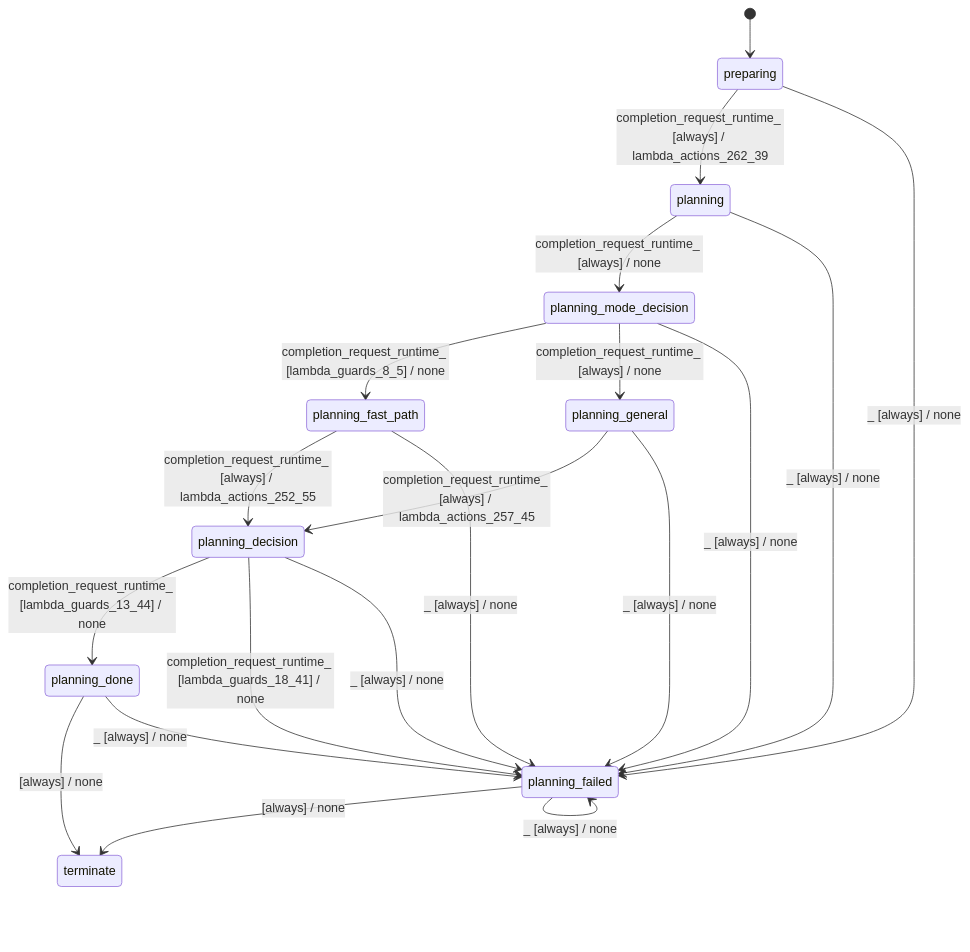
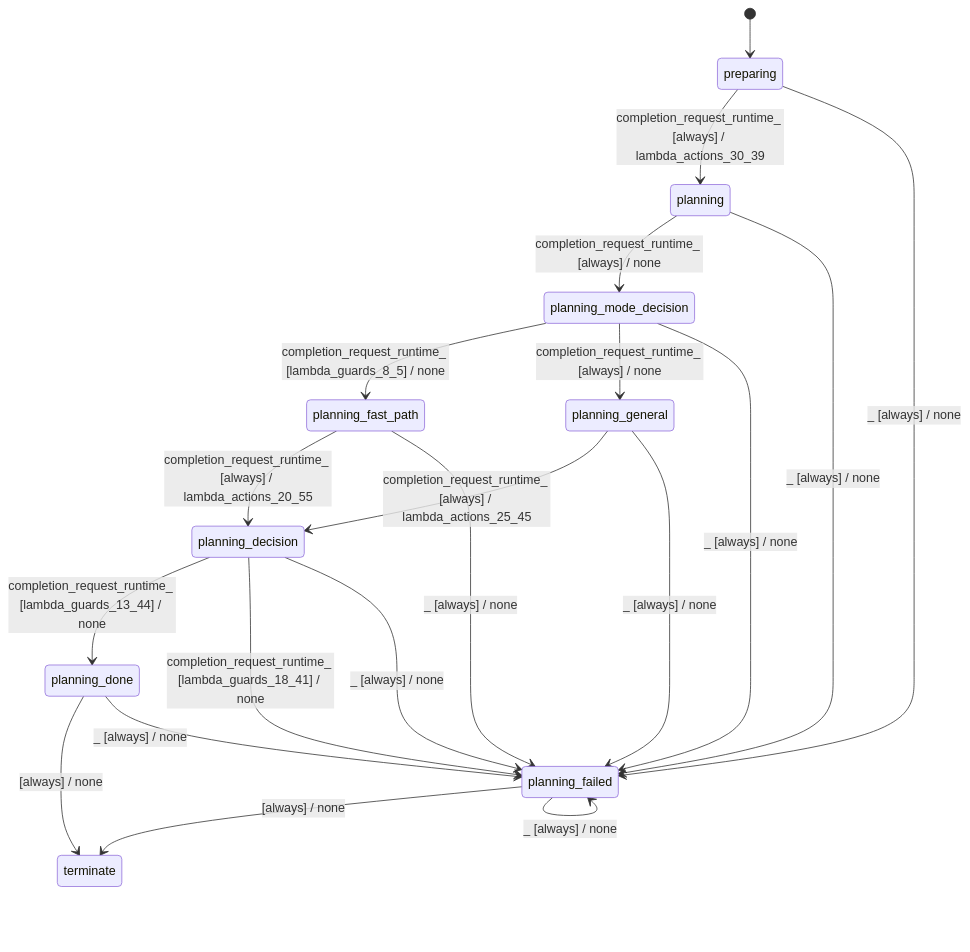
One commit to stateforward/emel.cpp changed the diagram in docs/architecture/batch_planner_modes_equal.md. Above: the diagram before and after it, drawn with Mermaid. The commit also changed other lines of this file and 46 other files, not shown here.

Commit message:
Enforce explicit runtime control-flow modeling in SML machines

````diff
--- a/docs/architecture/batch_planner_modes_equal.md
+++ b/docs/architecture/batch_planner_modes_equal.md
@@ -7,23 +7,23 @@
 ```mermaid
 stateDiagram-v2
   direction TB
   [*] --> preparing
-  preparing --> planning : completion_request_runtime_ [always] / lambda_actions_262_39
+  preparing --> planning : completion_request_runtime_ [always] / lambda_actions_30_39
   planning --> planning_mode_decision : completion_request_runtime_ [always] / none
   planning_mode_decision --> planning_fast_path : completion_request_runtime_ [lambda_guards_8_5] / none
   planning_mode_decision --> planning_general : completion_request_runtime_ [always] / none
-  planning_fast_path --> planning_decision : completion_request_runtime_ [always] / lambda_actions_252_55
-  planning_general --> planning_decision : completion_request_runtime_ [always] / lambda_actions_257_45
+  planning_fast_path --> planning_decision : completion_request_runtime_ [always] / lambda_actions_20_55
+  planning_general --> planning_decision : completion_request_runtime_ [always] / lambda_actions_25_45
   planning_decision --> planning_done : completion_request_runtime_ [lambda_guards_13_44] / none
   planning_decision --> planning_failed : completion_request_runtime_ [lambda_guards_18_41] / none
   planning_done --> terminate : [always] / none
   planning_failed --> terminate : [always] / none
   preparing --> planning_failed : _ [always] / none
   planning --> planning_failed : _ [always] / none
   planning_mode_decision --> planning_failed : _ [always] / none
   planning_fast_path --> planning_failed : _ [always] / none
   planning_general --> planning_failed : _ [always] / none
   planning_decision --> planning_failed : _ [always] / none
   planning_done --> planning_failed : _ [always] / none
   planning_failed --> planning_failed : _ [always] / none
 ```
````
